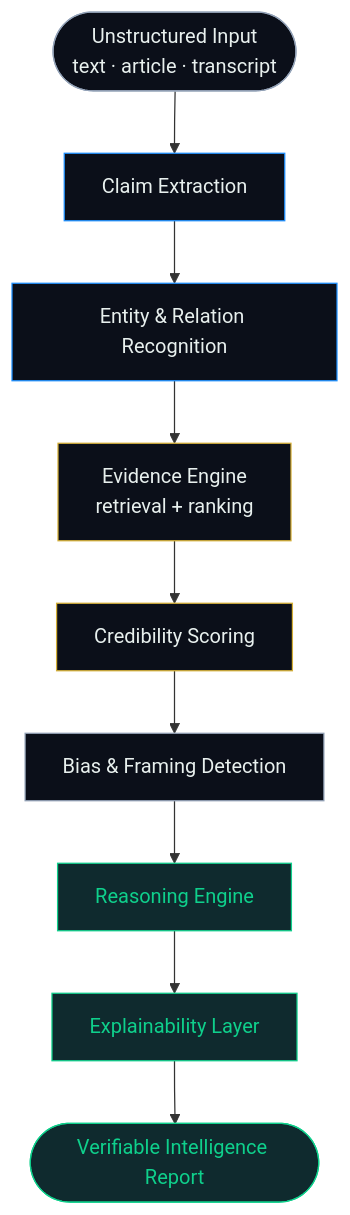
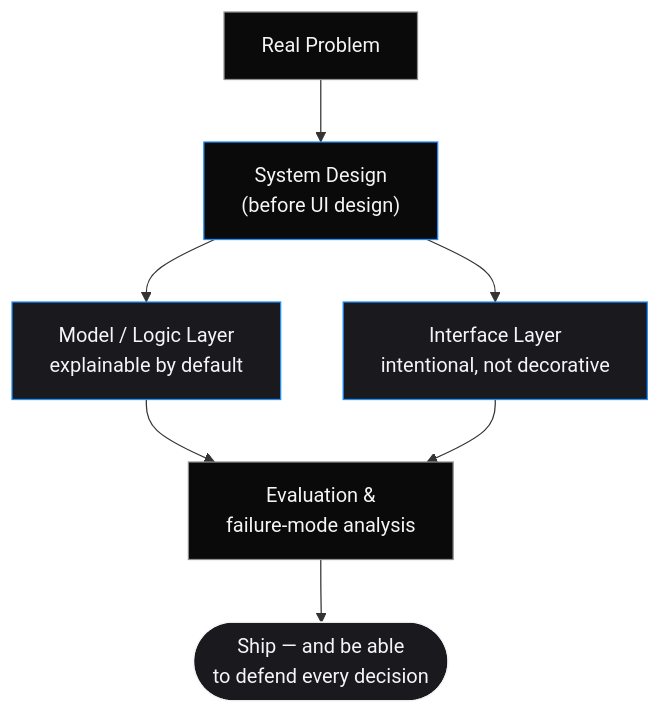
One commit to thenameisbhagavan/thenameisbhagavan changed the second of 3 diagrams in README.md. Above: the diagram before and after it, drawn with Mermaid. The commit also changed other lines of this file, not shown here.

````diff
--- a/README.md
+++ b/README.md
@@ -173,21 +215,16 @@
 ```mermaid
 flowchart TD
-    IN(["Unstructured Input\ntext · article · transcript"]) --> CE[Claim Extraction]
-    CE --> ER[Entity & Relation Recognition]
-    ER --> EE[Evidence Engine\nretrieval + ranking]
-    EE --> CS[Credibility Scoring]
-    CS --> BD[Bias & Framing Detection]
-    BD --> RE[Reasoning Engine]
-    RE --> XP[Explainability Layer]
-    XP --> OUT(["Verifiable Intelligence Report"])
+    P["Real Problem"] --> S["System Design\n(before UI design)"]
+    S --> M["Model / Logic Layer\nexplainable by default"]
+    S --> UI["Interface Layer\nintentional, not decorative"]
+    M --> E["Evaluation &\nfailure-mode analysis"]
+    UI --> E
+    E --> SH(["Ship — and be able\nto defend every decision"])
 
-    style IN fill:#0B0F19,stroke:#94A3B8,color:#E8F0EE
-    style CE fill:#0B0F19,stroke:#1E90FF,color:#E8F0EE
-    style ER fill:#0B0F19,stroke:#1E90FF,color:#E8F0EE
-    style EE fill:#0B0F19,stroke:#D4AF37,color:#E8F0EE
-    style CS fill:#0B0F19,stroke:#D4AF37,color:#E8F0EE
-    style BD fill:#0B0F19,stroke:#94A3B8,color:#E8F0EE
-    style RE fill:#0F2A2E,stroke:#0FD08C,color:#0FD08C
-    style XP fill:#0F2A2E,stroke:#0FD08C,color:#0FD08C
-    style OUT fill:#0F2A2E,stroke:#0FD08C,color:#0FD08C
+    style P fill:#0A0A0A,stroke:#8E8E93,color:#F5F5F7
+    style S fill:#0A0A0A,stroke:#1E90FF,color:#F5F5F7
+    style M fill:#1A1A1E,stroke:#1E90FF,color:#F5F5F7
+    style UI fill:#1A1A1E,stroke:#1E90FF,color:#F5F5F7
+    style E fill:#0A0A0A,stroke:#8E8E93,color:#F5F5F7
+    style SH fill:#1A1A1E,stroke:#F5F5F7,color:#F5F5F7
 ```
````
